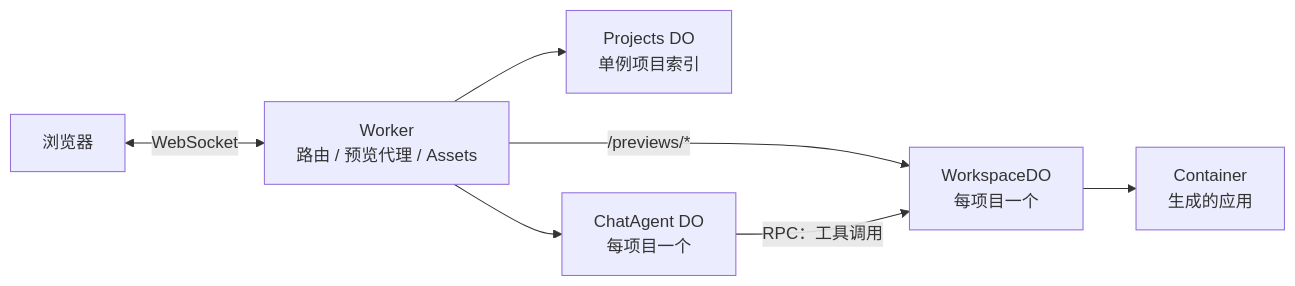
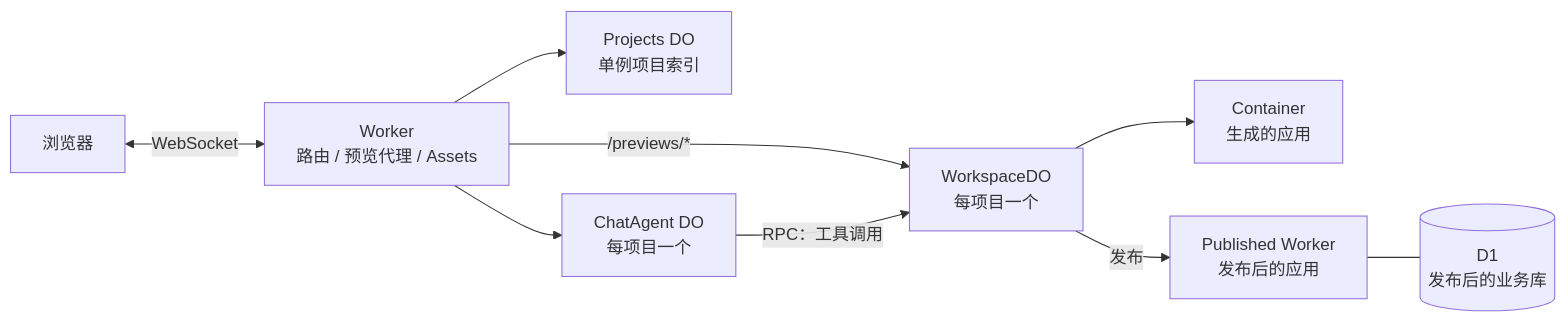
The seventh of 7 diagrams in docs/architecture/system-architecture.md (fengyj/atoms-lite), drawn with Mermaid before and after one commit. The commit also changed other lines of this file and 6 other files, not shown here.

Commit message:
docs: sync architecture, data model, submission, and ADR for publishing

````diff
--- a/docs/architecture/system-architecture.md
+++ b/docs/architecture/system-architecture.md
@@ -443,16 +474,20 @@
 ```mermaid
 flowchart LR
   browser["浏览器"]
   worker["Worker<br/>路由 / 预览代理 / Assets"]
   projects["Projects DO<br/>单例项目索引"]
   chat["ChatAgent DO<br/>每项目一个"]
   ws["WorkspaceDO<br/>每项目一个"]
   box["Container<br/>生成的应用"]
+  pub["Published Worker<br/>发布后的应用"]
+  d1[("D1<br/>发布后的业务库")]
 
   browser <-->|"WebSocket"| worker
   worker --> projects
   worker --> chat
   worker -->|"/previews/*"| ws
   chat -->|"RPC：工具调用"| ws
   ws --> box
+  ws -->|"发布"| pub
+  pub --- d1
 ```
````
